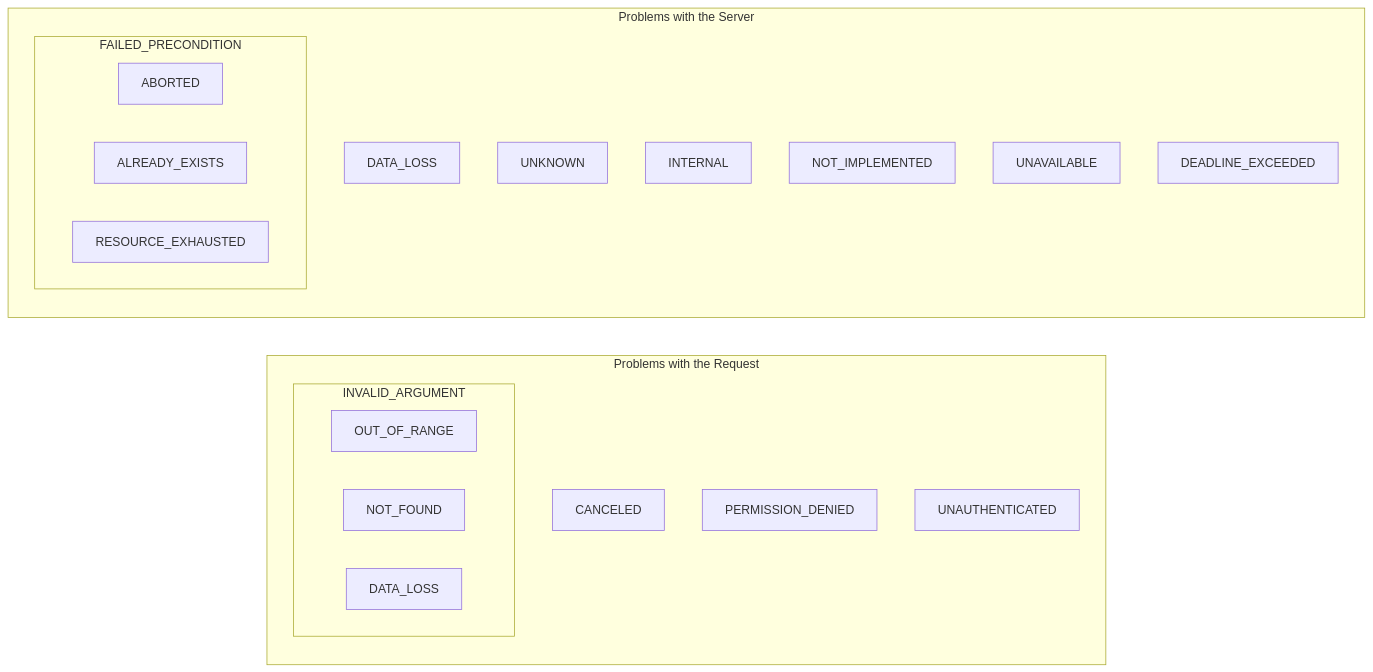
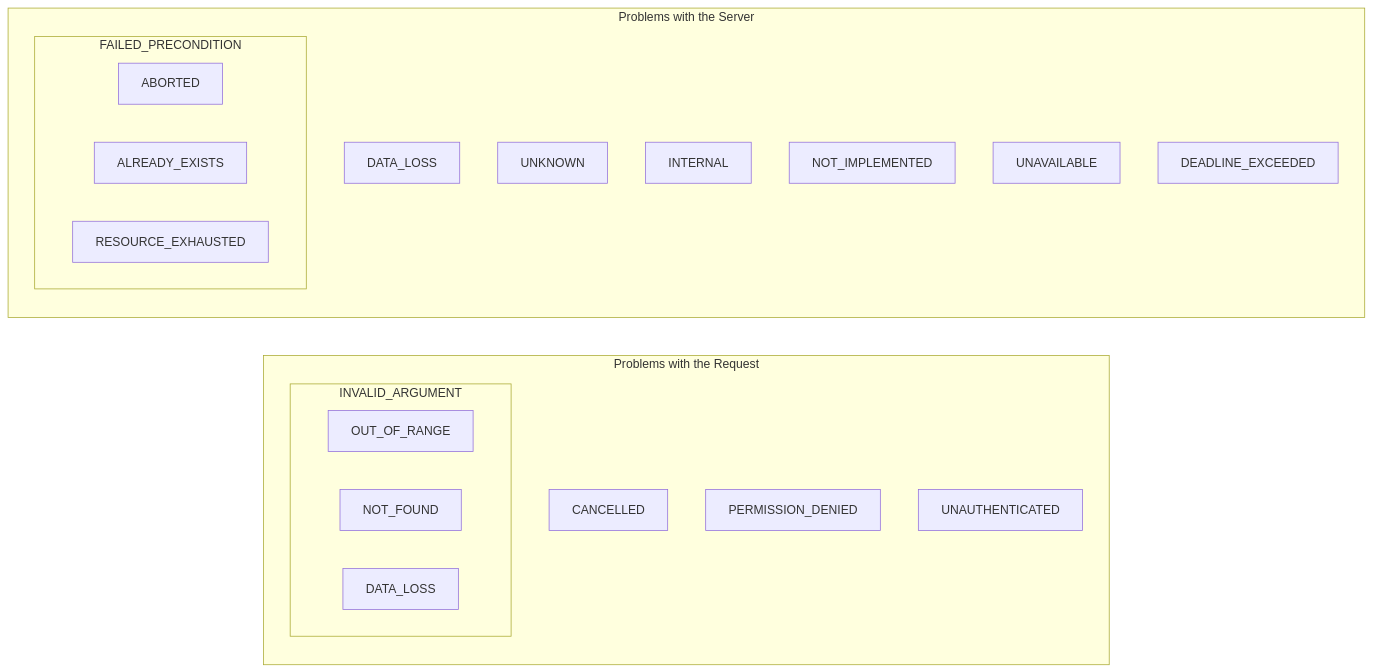
Before and after one commit to tobbstr/xerror: the diagram in README.md, drawn with Mermaid. The commit also changed 8 other files, not shown here.

````diff
--- a/README.md
+++ b/README.md
@@ -102,27 +102,27 @@
 ```mermaid
 flowchart LR
 subgraph "Problems with the Request"
-    CANCELED
+    CANCELLED
     subgraph INVALID_ARGUMENT
         OUT_OF_RANGE
         NOT_FOUND
         DATA_LOSS
     end
     PERMISSION_DENIED
     UNAUTHENTICATED
 end
 
 subgraph "Problems with the Server"
     DATA_LOSS_2["DATA_LOSS"]
     subgraph FAILED_PRECONDITION
         ABORTED
         ALREADY_EXISTS
         RESOURCE_EXHAUSTED
     end
     UNKNOWN
     INTERNAL
     NOT_IMPLEMENTED
     UNAVAILABLE
     DEADLINE_EXCEEDED
 end
 ```
````
